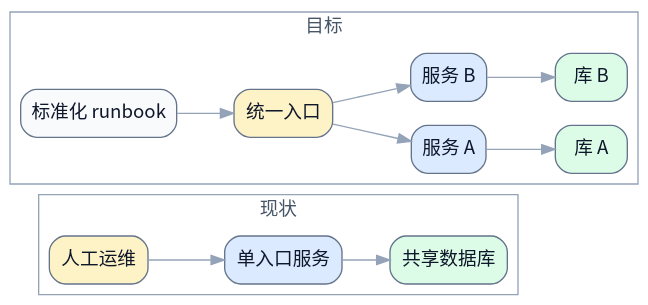
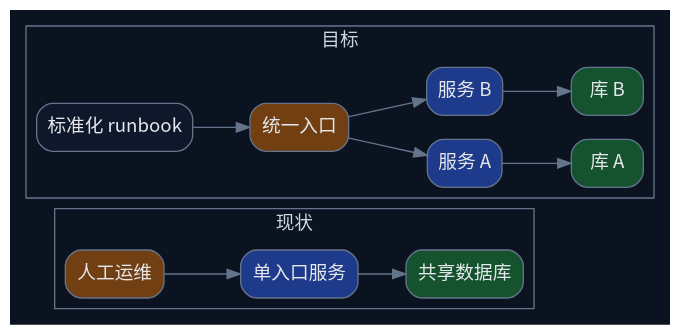
One commit to terencefan/inority-workspace changed the fourth of 5 diagrams in skills/draw-dot/references/patterns.md. Above: the diagram before and after it, drawn with Graphviz. The commit also changed other lines of this file and 45 other files, not shown here.

````diff
--- a/skills/draw-dot/references/patterns.md
+++ b/skills/draw-dot/references/patterns.md
@@ -90,33 +90,33 @@
 ```dot
 digraph G {
-  graph [fontname="Noto Sans CJK SC", rankdir=LR, bgcolor="transparent"];
-  node [fontname="Noto Sans CJK SC", shape=box, style="rounded,filled", color="#64748b", fontcolor="#0f172a", fillcolor="#f8fafc"];
-  edge [fontname="Noto Sans CJK SC", color="#94a3b8", fontcolor="#94a3b8"];
+  graph [fontname="Noto Sans CJK SC", rankdir=LR, bgcolor="#0b1220"];
+  node [fontname="Noto Sans CJK SC", shape=box, style="rounded,filled", color="#64748b", fontcolor="#e5e7eb", fillcolor="#0f172a"];
+  edge [fontname="Noto Sans CJK SC", color="#64748b", fontcolor="#64748b"];
 
   subgraph cluster_current {
     label="现状";
-    color="#94a3b8";
-    fontcolor="#475569";
-    curr_entry [label="单入口服务", fillcolor="#dbeafe"];
-    curr_db [label="共享数据库", fillcolor="#dcfce7"];
-    curr_ops [label="人工运维", fillcolor="#fef3c7"];
+    color="#64748b";
+    fontcolor="#cbd5e1";
+    curr_entry [label="单入口服务", fillcolor="#1e3a8a"];
+    curr_db [label="共享数据库", fillcolor="#14532d"];
+    curr_ops [label="人工运维", fillcolor="#713f12"];
     curr_entry -> curr_db;
     curr_ops -> curr_entry;
   }
 
   subgraph cluster_target {
     label="目标";
-    color="#94a3b8";
-    fontcolor="#475569";
-    tgt_gateway [label="统一入口", fillcolor="#fef3c7"];
-    tgt_service_a [label="服务 A", fillcolor="#dbeafe"];
-    tgt_service_b [label="服务 B", fillcolor="#dbeafe"];
-    tgt_db_a [label="库 A", fillcolor="#dcfce7"];
-    tgt_db_b [label="库 B", fillcolor="#dcfce7"];
-    tgt_runbook [label="标准化 runbook", fillcolor="#f8fafc"];
+    color="#64748b";
+    fontcolor="#cbd5e1";
+    tgt_gateway [label="统一入口", fillcolor="#713f12"];
+    tgt_service_a [label="服务 A", fillcolor="#1e3a8a"];
+    tgt_service_b [label="服务 B", fillcolor="#1e3a8a"];
+    tgt_db_a [label="库 A", fillcolor="#14532d"];
+    tgt_db_b [label="库 B", fillcolor="#14532d"];
+    tgt_runbook [label="标准化 runbook", fillcolor="#0f172a"];
     tgt_gateway -> tgt_service_a -> tgt_db_a;
     tgt_gateway -> tgt_service_b -> tgt_db_b;
     tgt_runbook -> tgt_gateway;
   }
 }
 ```
````
